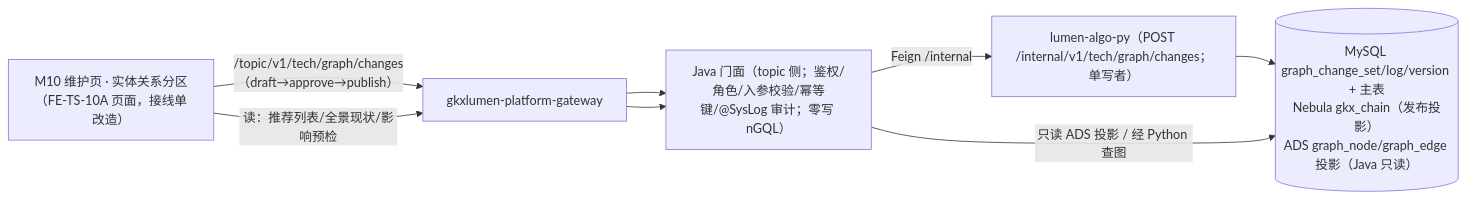
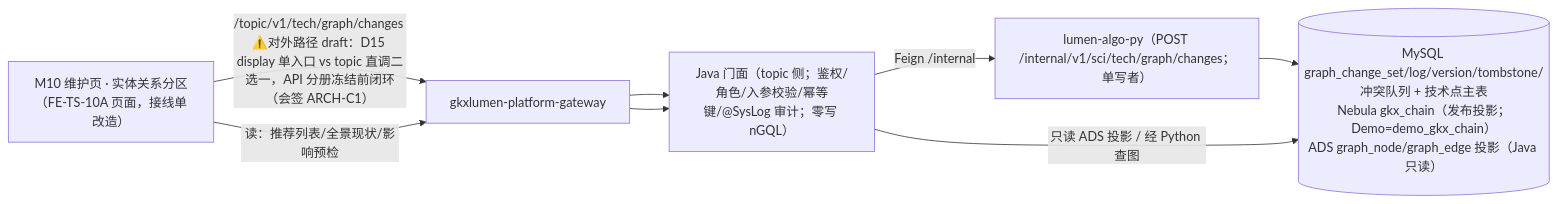
The first of 2 diagrams in agent-delivery/agent-handoffs/科技发展态势-TS/sdd/l2/TS-L2-M10-ENT-ARCH.md (Marisolebxf/-), drawn with Mermaid before and after one commit. The commit also changed other lines of this file and 7 other files, not shown here.

Commit message:
docs(m10-ent-signoff): 四角色会签页落盘+回填——op 名三处更正(API-C1)/叶41沿A03挂105_1(ALGO)/存储补漏表与Demo落点(DATA-C1)/写者Python先行+VID读侧union(ARCH-C2)/路径补sci段；A03加消费注记；开放条件留API分册 [agent:arch-agent]

````diff
--- a/agent-delivery/agent-handoffs/科技发展态势-TS/sdd/l2/TS-L2-M10-ENT-ARCH.md
+++ b/agent-delivery/agent-handoffs/科技发展态势-TS/sdd/l2/TS-L2-M10-ENT-ARCH.md
@@ -33,11 +33,11 @@
 ```mermaid
 flowchart LR
   fe["M10 维护页 · 实体关系分区（FE-TS-10A 页面，接线单改造）"]
   gw["gkxlumen-platform-gateway"]
   javaf["Java 门面（topic 侧；鉴权/角色/入参校验/幂等键/@SysLog 审计；零写 nGQL）"]
-  py["lumen-algo-py（POST /internal/v1/tech/graph/changes；单写者）"]
-  store[("MySQL graph_change_set/log/version + 主表<br/>Nebula gkx_chain（发布投影）<br/>ADS graph_node/graph_edge 投影（Java 只读）")]
+  py["lumen-algo-py（POST /internal/v1/sci/tech/graph/changes；单写者）"]
+  store[("MySQL graph_change_set/log/version/tombstone/冲突队列 + 技术点主表<br/>Nebula gkx_chain（发布投影；Demo=demo_gkx_chain）<br/>ADS graph_node/graph_edge 投影（Java 只读）")]
 
-  fe -->|"/topic/v1/tech/graph/changes（draft→approve→publish）"| gw --> javaf -->|Feign /internal| py --> store
+  fe -->|"/topic/v1/tech/graph/changes ⚠️对外路径 draft：D15 display 单入口 vs topic 直调二选一，API 分册冻结前闭环（会签 ARCH-C1）"| gw --> javaf -->|Feign /internal| py --> store
   fe -->|"读：推荐列表/全景现状/影响预检"| gw --> javaf -->|"只读 ADS 投影 / 经 Python 查图"| store
 ```
````
